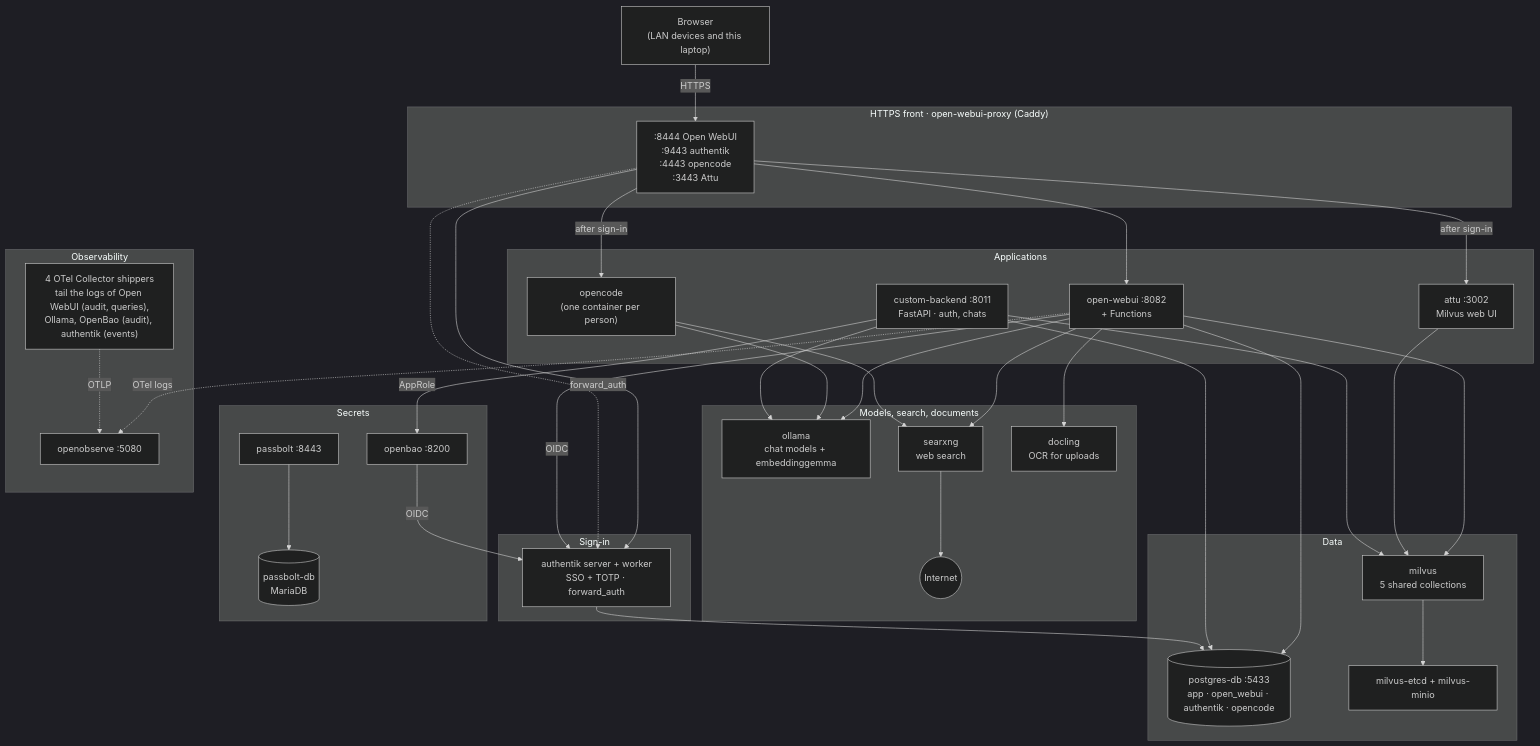
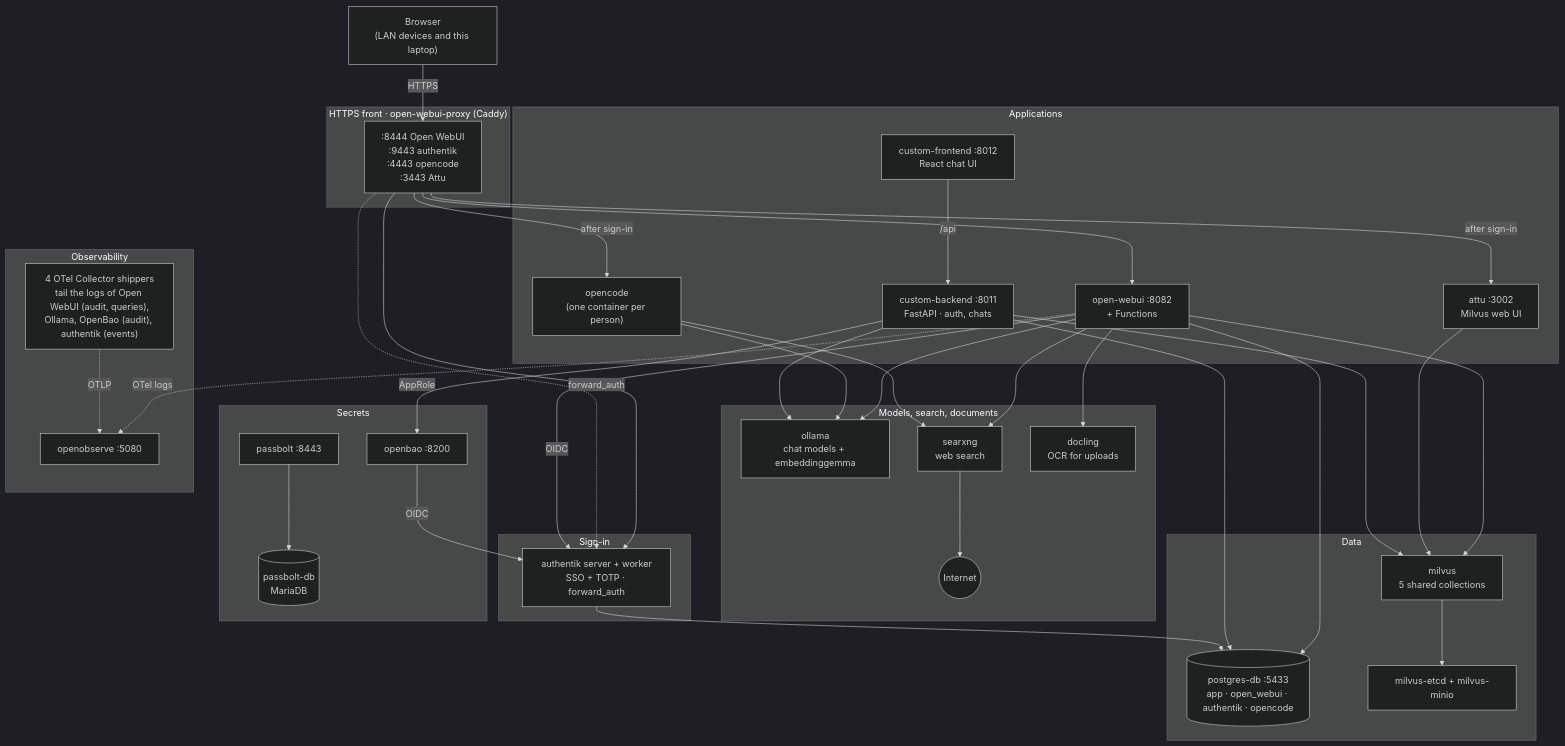
One commit to akshatz/laptop-ai-backend changed the diagram in README.md. Above: the diagram before and after it, drawn with Mermaid (dark theme). The commit also changed other lines of this file and 20 other files, not shown here.

First line of the commit message:
custom-frontend: React chat UI as its own app

````diff
--- a/README.md
+++ b/README.md
@@ -7,63 +7,65 @@
 ```mermaid
 flowchart TB
     browser["Browser<br/>(LAN devices and this laptop)"]
 
     subgraph edge["HTTPS front · open-webui-proxy (Caddy)"]
         proxy[":8444 Open WebUI<br/>:9443 authentik<br/>:4443 opencode<br/>:3443 Attu"]
     end
 
     subgraph identity["Sign-in"]
         authentik["authentik server + worker<br/>SSO + TOTP · forward_auth"]
     end
 
     subgraph app["Applications"]
         webui["open-webui :8082<br/>+ Functions"]
+        frontend["custom-frontend :8012<br/>React chat UI"]
         backend["custom-backend :8011<br/>FastAPI · auth, chats"]
         opencode["opencode<br/>(one container per person)"]
         attu["attu :3002<br/>Milvus web UI"]
     end
 
     subgraph ai["Models, search, documents"]
         ollama["ollama<br/>chat models + embeddinggemma"]
         searxng["searxng<br/>web search"]
         docling["docling<br/>OCR for uploads"]
         internet(("Internet"))
     end
 
     subgraph data["Data"]
         postgres[("postgres-db :5433<br/>app · open_webui · authentik · opencode")]
         milvus["milvus<br/>5 shared collections"]
         milvusDeps["milvus-etcd + milvus-minio"]
     end
 
     subgraph secrets["Secrets"]
         openbao["openbao :8200"]
         passbolt["passbolt :8443"]
         passboltDb[("passbolt-db<br/>MariaDB")]
     end
 
     subgraph obs["Observability"]
         shippers["4 OTel Collector shippers<br/>tail the logs of Open WebUI (audit, queries),<br/>Ollama, OpenBao (audit), authentik (events)"]
         openobserve["openobserve :5080"]
     end
 
     browser -- HTTPS --> proxy
     proxy --> webui & authentik
     proxy -- "after sign-in" --> opencode & attu
     proxy -. "forward_auth" .-> authentik
 
     webui -- OIDC --> authentik
     openbao -- OIDC --> authentik
     webui --> ollama & searxng & docling & milvus & postgres
     searxng --> internet
     opencode --> ollama & searxng
     attu --> milvus
+    frontend -- "/api" --> backend
     backend --> ollama & milvus & postgres
     backend -- AppRole --> openbao
     authentik --> postgres
     milvus --> milvusDeps
     passbolt --> passboltDb
 
     webui -. "OTel logs" .-> openobserve
     shippers -. OTLP .-> openobserve
 ```
````
